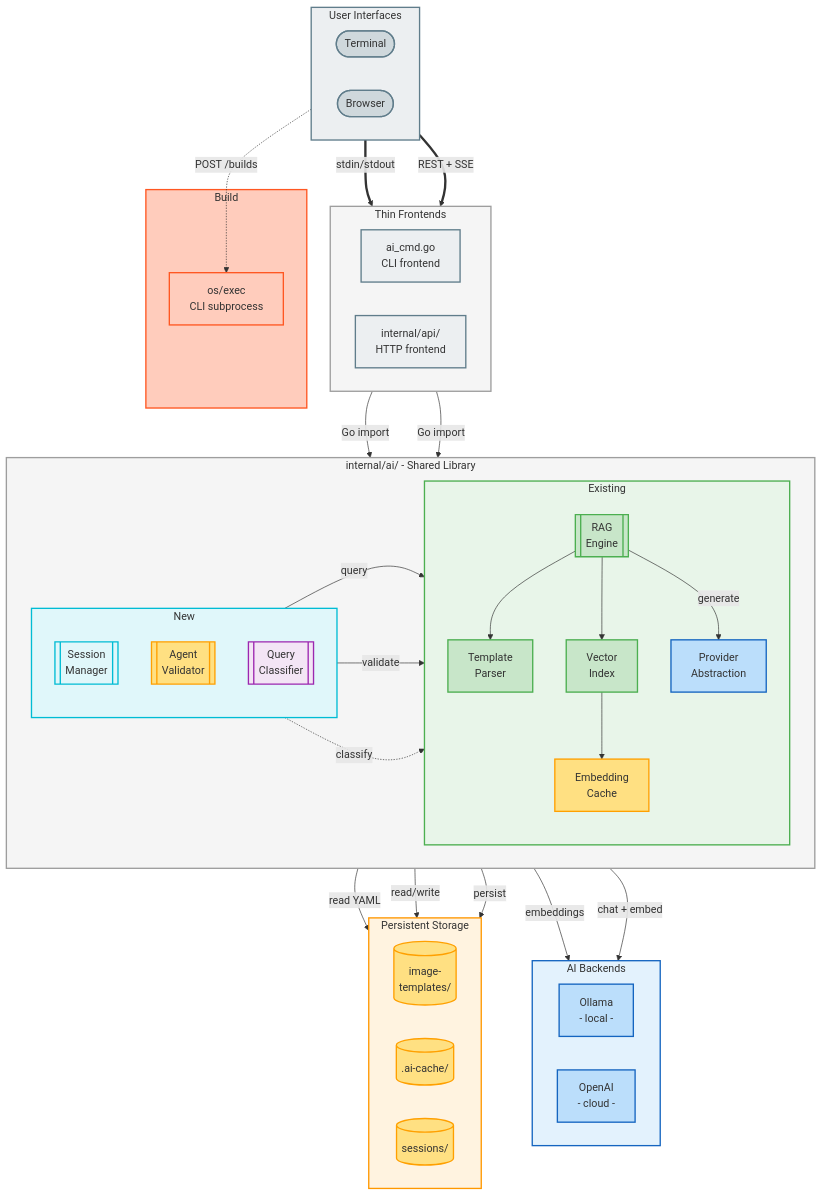
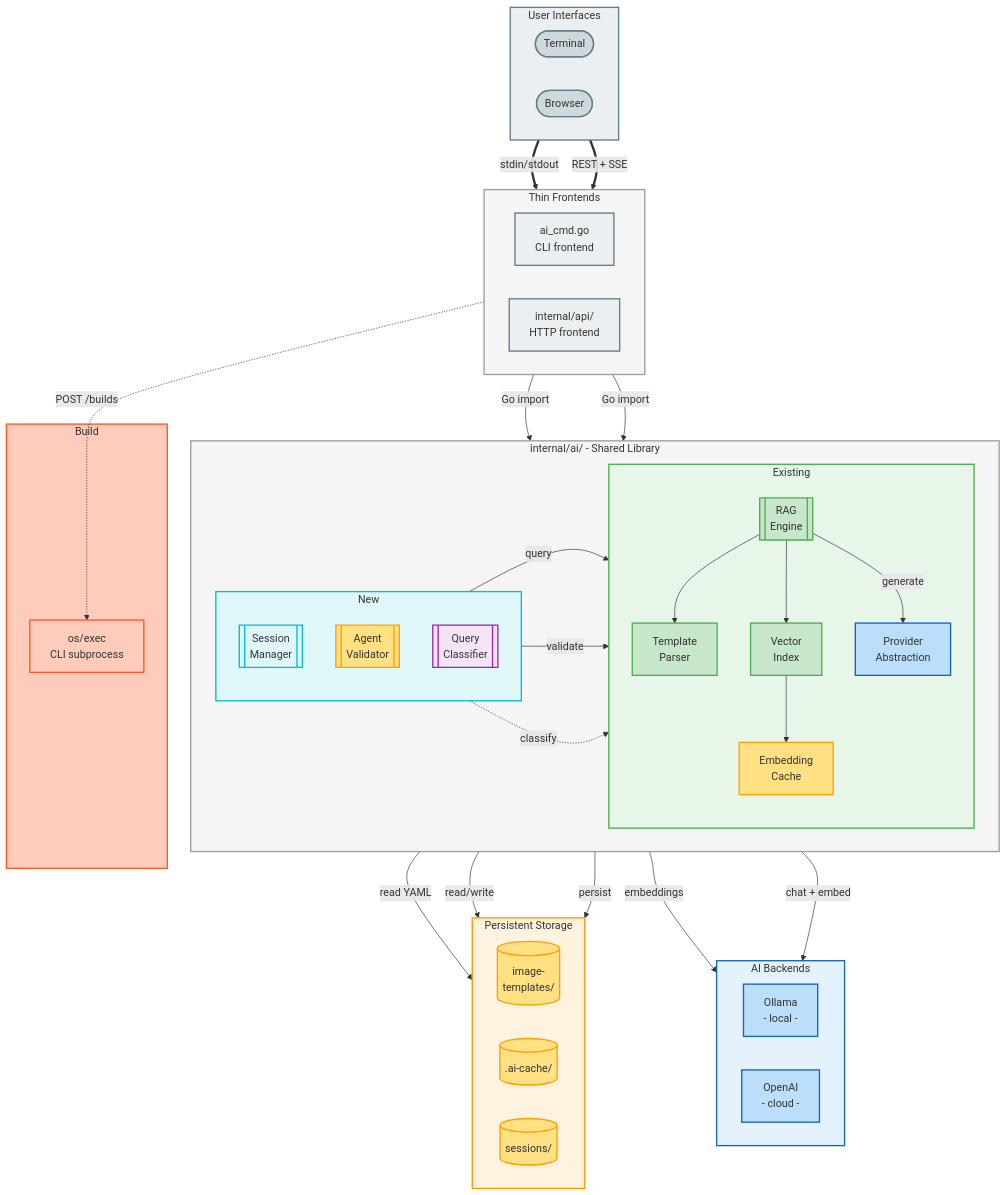
One commit to open-edge-platform/image-composer-tool changed the first of 6 diagrams in docs/architecture/adr-web-interface-architecture.md. Above: the diagram before and after it, drawn with Mermaid.

Commit message:
docs(architecture): fix build subprocess edge in architecture diagram
Build subprocess is spawned by the API server, not the browser
directly. Changed edge from Browser -> BE to API -> BE.

```diff
--- a/docs/architecture/adr-web-interface-architecture.md
+++ b/docs/architecture/adr-web-interface-architecture.md
@@ -184,8 +184,8 @@
     CA -->|"read/write"| EC
     SM -->|"persist"| SF
 
-    %% ── Edges: Build (separate path) ──
-    Browser -.->|"POST /builds"| BE
+    %% ── Edges: Build (API spawns subprocess) ──
+    API -.->|"POST /builds"| BE
 
     %% ── Styles: Layers ──
     style L1 fill:#ECEFF1,stroke:#607D8B,stroke-width:2px
```
